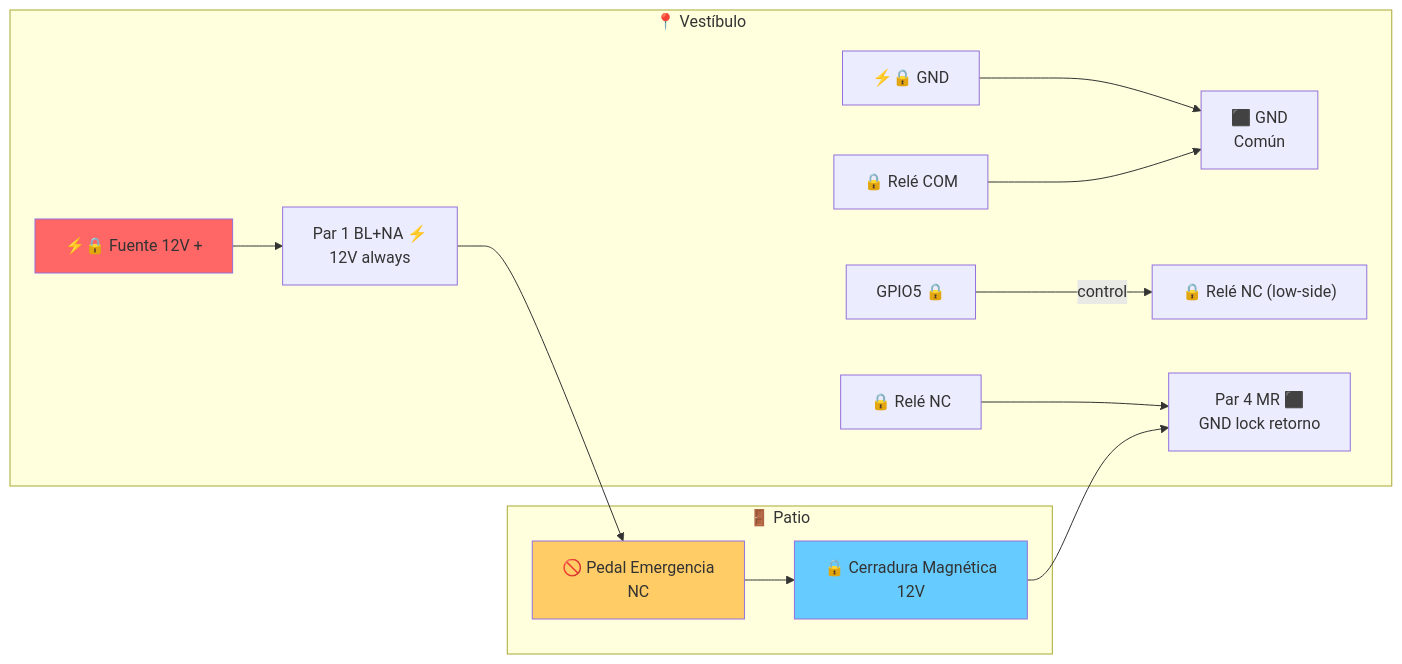
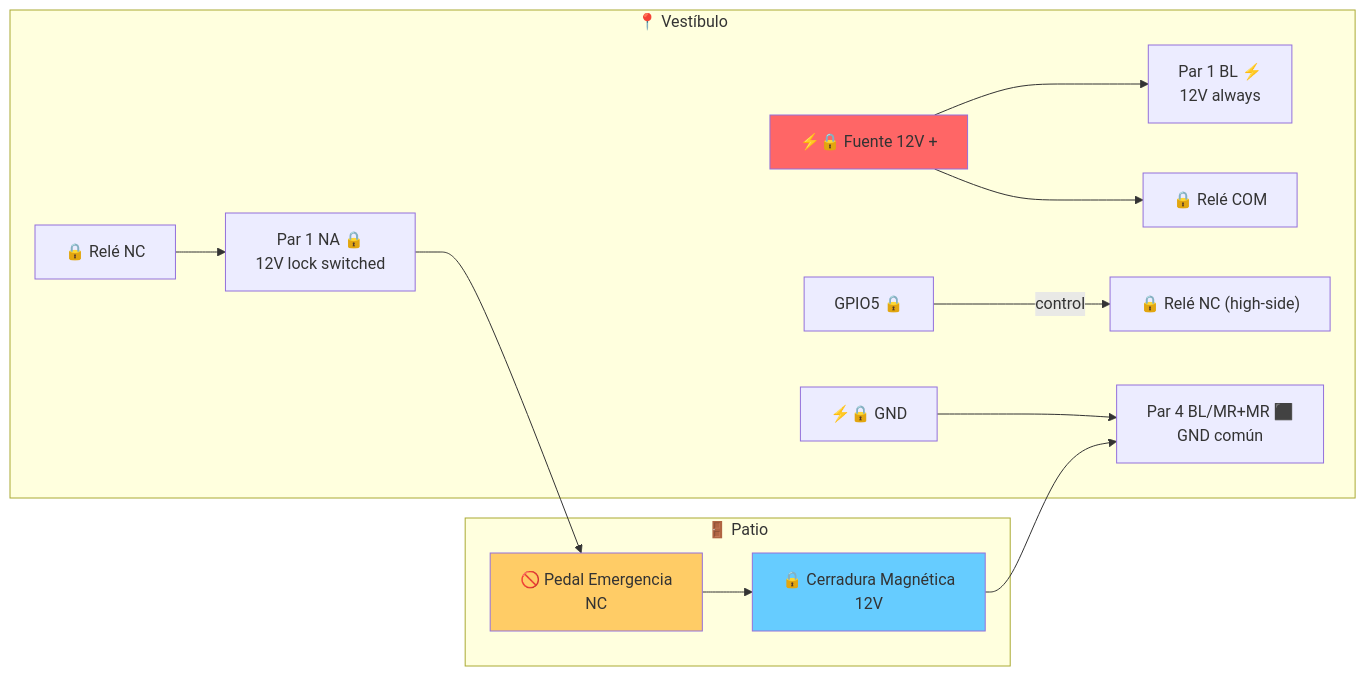
One commit to abelbour/Abrepuertas changed the sixth of 11 diagrams in README.md. Above: the diagram before and after it, drawn with Mermaid. The commit also changed other lines of this file and 1 other file, not shown here.

First line of the commit message:
Fix: high-side switching, GPIO13 INPUT, FC check inmediato, RTTTL único

````diff
--- a/README.md
+++ b/README.md
@@ -575,20 +579,20 @@
 ```mermaid
 flowchart LR
     subgraph Vestibulo["📍 Vestíbulo"]
-        F12V["⚡🔒 Fuente 12V +"] --> P1_12V["Par 1 BL+NA ⚡<br/>12V always"]
-        F12V_GND["⚡🔒 GND"] --> GND["⬛ GND<br/>Común"]
-        G5["GPIO5 🔒"] -- control --> Rele["🔒 Relé NC (low-side)"]
-        ReleCOM["🔒 Relé COM"] --> GND
-        ReleNC["🔒 Relé NC"] --> P4_GND_LOCK["Par 4 MR ⬛<br/>GND lock retorno"]
+        F12V["⚡🔒 Fuente 12V +"] --> P1_ALWAYS["Par 1 BL ⚡<br/>12V always"]
+        F12V --> ReleCOM["🔒 Relé COM"]
+        ReleNC["🔒 Relé NC"] --> P1_SW["Par 1 NA 🔒<br/>12V lock switched"]
+        G5["GPIO5 🔒"] -- control --> Rele["🔒 Relé NC (high-side)"]
+        F12V_GND["⚡🔒 GND"] --> P4_GND["Par 4 BL/MR+MR ⬛<br/>GND común"]
     end
 
     subgraph Patio["🚪 Patio"]
-        P1_12V --> Pedal["🚫 Pedal Emergencia<br/>NC"]
+        P1_SW --> Pedal["🚫 Pedal Emergencia<br/>NC"]
         Pedal --> Lock["🔒 Cerradura Magnética<br/>12V"]
-        Lock --> P4_GND_LOCK
+        Lock --> P4_GND
     end
 
     style F12V fill:#f66
     style Lock fill:#6cf
     style Pedal fill:#fc6
 ```
````
